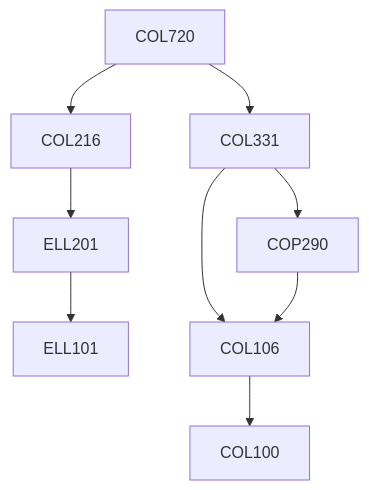
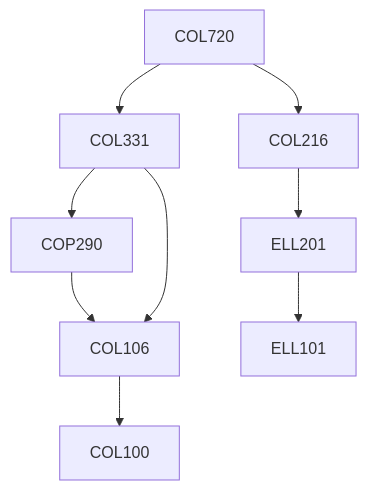
One commit to KeshavBansal0122/CoS_Website changed the diagram in content/Computer Science and Engineering/COL720.md. Above: the diagram before and after it, drawn with Mermaid. The commit also changed other lines of this file and 392 other files, not shown here.

````diff
--- a/content/Computer Science and Engineering/COL720.md
+++ b/content/Computer Science and Engineering/COL720.md
@@ -13,15 +13,15 @@
 ```mermaid
 flowchart TD
 COL720-196[COL720]
 COL720-196 --> COL216-196[COL216]
-ELL201-196 --> ELL101-196[ELL101]
-COL331-196 --> COL106-196[COL106]
+COP290-196 --> COL106-196[COL106]
+COL106-196 --> COL100-196[COL100]
+COL331-196 --> COP290-196[COP290]
 COL720-196 --> COL331-196[COL331]
 COL216-196 --> ELL201-196[ELL201]
-COL331-196 --> COP290-196[COP290]
-COL106-196 --> COL100-196[COL100]
-COP290-196 --> COL106-196[COL106]
+COL331-196 --> COL106-196[COL106]
+ELL201-196 --> ELL101-196[ELL101]
 
 classDef empty height:17px, fill:transparent, stroke:transparent;
 classDef trueEmpty height:0px, width:0px;
 ```
````
